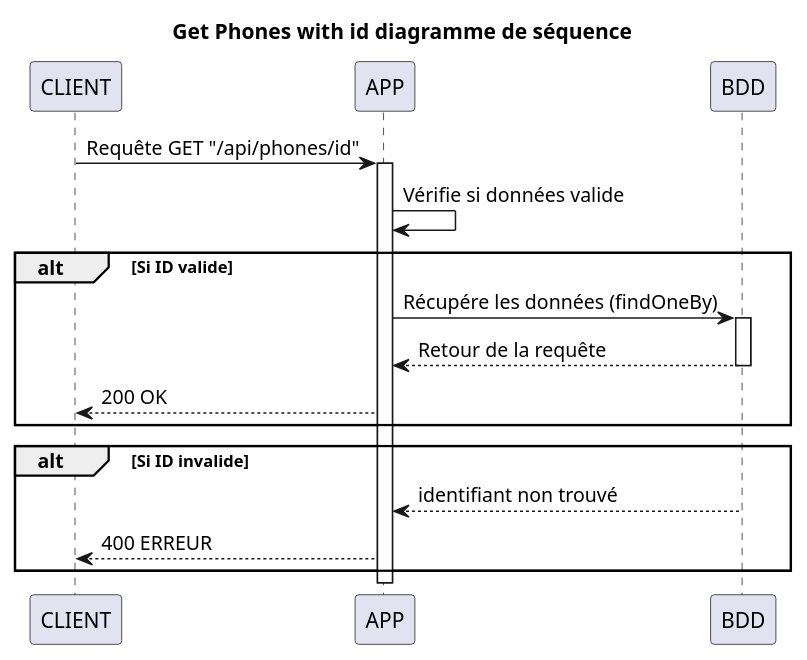
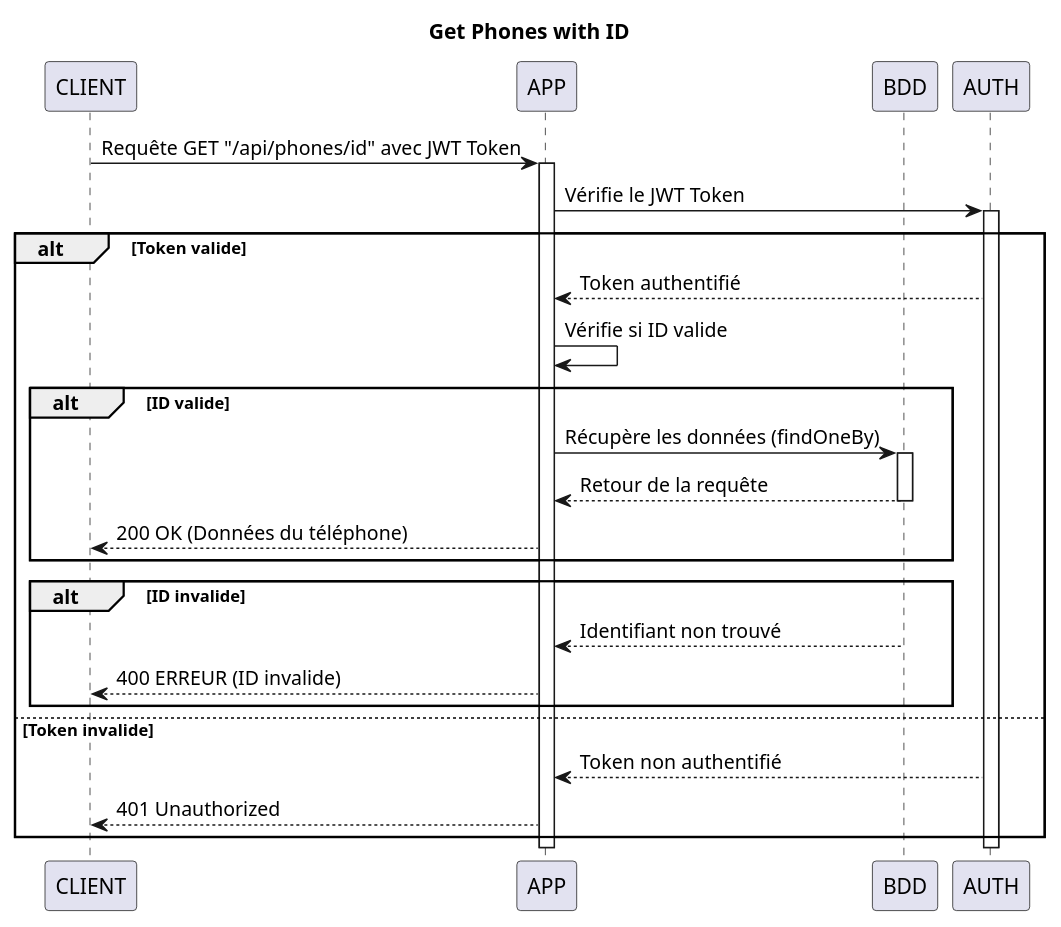
The diagram in docs/Diagramme de séquence/GET Phone (id).puml (Waarrez/P7), drawn with PlantUML before and after one commit. The commit also changed 2 other files, not shown here.

```diff
--- a/docs/Diagramme de séquence/GET Phone (id).puml
+++ b/docs/Diagramme de séquence/GET Phone (id).puml
@@ -1,26 +1,41 @@
 @startuml
 
-title Get Phones with id diagramme de séquence
+title Get Phones with ID
 
 participant CLIENT
 participant APP
 participant BDD
+participant AUTH
 
-CLIENT -> APP: Requête GET "/api/phones/id"
+CLIENT -> APP: Requête GET "/api/phones/id" avec JWT Token
 activate APP
-APP -> APP : Vérifie si données valide
 
-alt Si ID valide
-    APP -> BDD  : Récupére les données (findOneBy)
-    activate BDD
-    BDD --> APP : Retour de la requête
-    deactivate BDD
-    APP --> CLIENT : 200 OK
+APP -> AUTH : Vérifie le JWT Token
+activate AUTH
+
+alt Token valide
+    AUTH --> APP : Token authentifié
+    APP -> APP : Vérifie si ID valide
+
+    alt ID valide
+        APP -> BDD : Récupère les données (findOneBy)
+        activate BDD
+        BDD --> APP : Retour de la requête
+        deactivate BDD
+        APP --> CLIENT : 200 OK (Données du téléphone)
+    end
+
+    alt ID invalide
+        BDD --> APP : Identifiant non trouvé
+        APP --> CLIENT : 400 ERREUR (ID invalide)
+    end
+
+else Token invalide
+    AUTH --> APP : Token non authentifié
+    APP --> CLIENT : 401 Unauthorized
 end
 
-alt Si ID invalide
-    BDD --> APP : identifiant non trouvé
-    APP --> CLIENT : 400 ERREUR
-end
+deactivate AUTH
+deactivate APP
 
 @enduml
```
